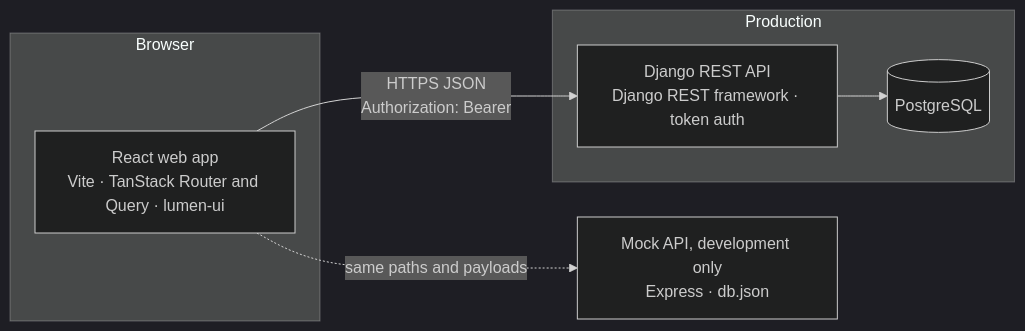
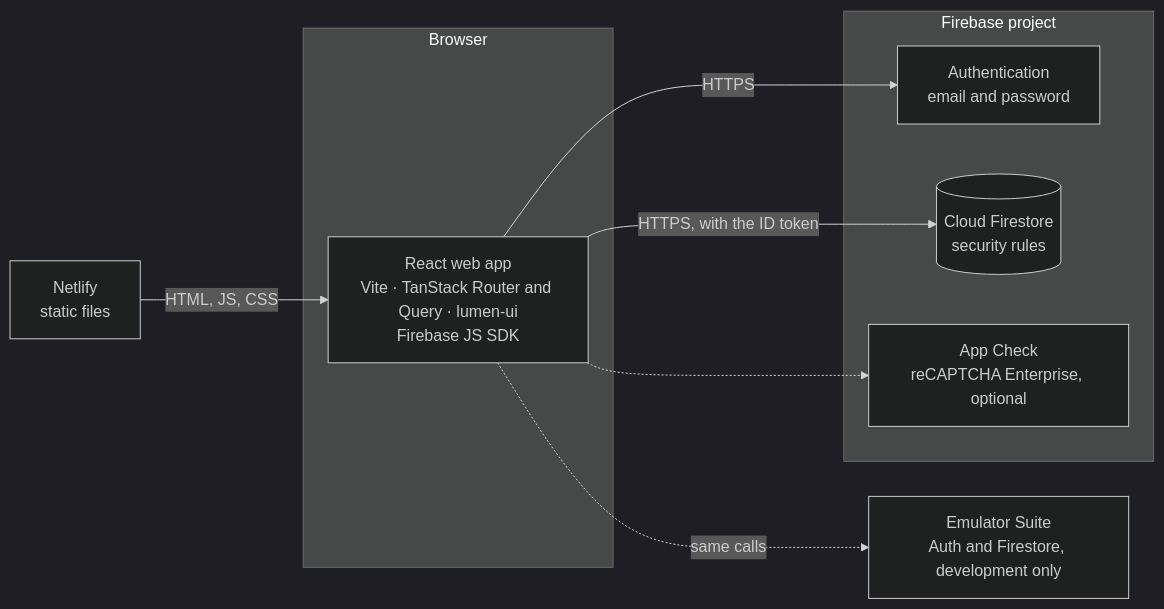
Before and after one commit to sandipsky/expensify: the diagram in docs/requirements.md, drawn with Mermaid (dark theme). The commit also changed other lines of this file and 100 other files, not shown here.

````diff
--- a/docs/requirements.md
+++ b/docs/requirements.md
@@ -326,14 +326,18 @@
 ```mermaid
 flowchart LR
+  NETLIFY["Netlify<br/>static files"]
   subgraph Browser
-    WEB["React web app<br/>Vite · TanStack Router and Query · lumen-ui"]
+    WEB["React web app<br/>Vite · TanStack Router and Query · lumen-ui<br/>Firebase JS SDK"]
   end
-  subgraph Server["Production"]
-    API["Django REST API<br/>Django REST framework · token auth"]
-    DB[("PostgreSQL")]
+  subgraph Firebase["Firebase project"]
+    AUTH["Authentication<br/>email and password"]
+    FS[("Cloud Firestore<br/>security rules")]
+    AC["App Check<br/>reCAPTCHA Enterprise, optional"]
   end
-  MOCK["Mock API, development only<br/>Express · db.json"]
-  WEB -->|"HTTPS JSON<br/>Authorization: Bearer"| API
-  API --> DB
-  WEB -.->|"same paths and payloads"| MOCK
+  EMU["Emulator Suite<br/>Auth and Firestore, development only"]
+  NETLIFY -->|"HTML, JS, CSS"| WEB
+  WEB -->|"HTTPS"| AUTH
+  WEB -->|"HTTPS, with the ID token"| FS
+  WEB -.-> AC
+  WEB -.->|"same calls"| EMU
 ```
````
